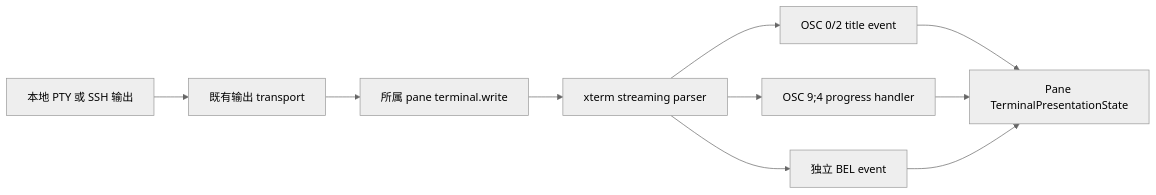
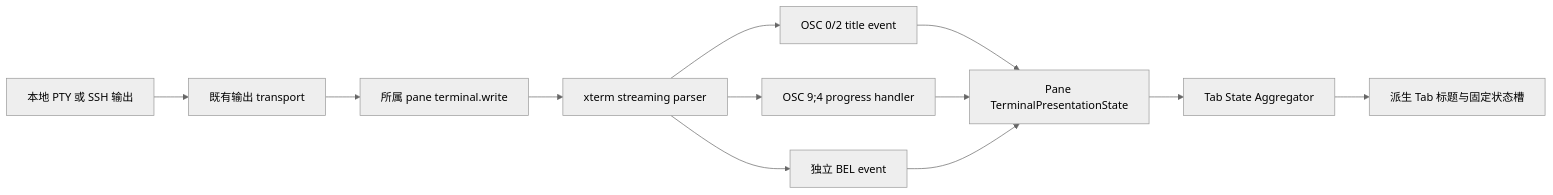
The third of 4 diagrams in docs/zh-CN/developer/runtime/ssh-terminal.md (agoudbg/Cosmosh), drawn with Mermaid (neutral theme) before and after one commit. The commit also changed other lines of this file and 22 other files, not shown here.

````diff
--- a/docs/zh-CN/developer/runtime/ssh-terminal.md
+++ b/docs/zh-CN/developer/runtime/ssh-terminal.md
@@ -215,12 +218,14 @@
 ```mermaid
 flowchart LR
   PTY[本地 PTY 或 SSH 输出] --> WS[既有输出 transport]
   WS --> WRITE[所属 pane terminal.write]
   WRITE --> XP[xterm streaming parser]
   XP --> TITLE[OSC 0/2 title event]
   XP --> PROGRESS[OSC 9;4 progress handler]
   XP --> BELL[独立 BEL event]
   TITLE --> STATE[Pane TerminalPresentationState]
   PROGRESS --> STATE
   BELL --> STATE
+  STATE --> TAB[Tab State Aggregator]
+  TAB --> CHROME[派生 Tab 标题与固定状态槽]
 ```
````
